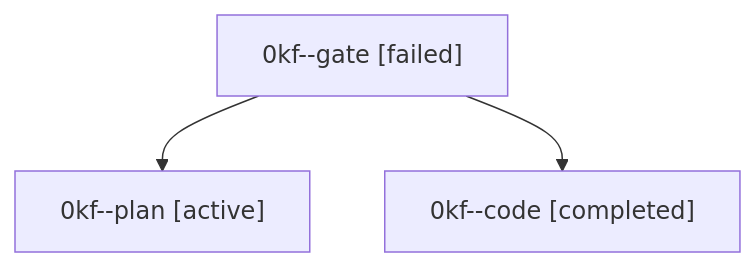
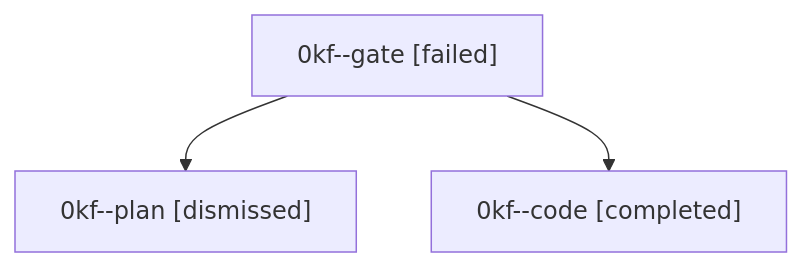
Before and after one commit to sase-org/sase--agents: the diagram in sessions/bbugyi200.athena.0kf.md, drawn with Mermaid. The commit also changed other lines of this file and 30 other files, not shown here.

````diff
--- a/sessions/bbugyi200.athena.0kf.md
+++ b/sessions/bbugyi200.athena.0kf.md
@@ -9,8 +9,8 @@
 ```mermaid
 flowchart TD
   n0["0kf--gate [failed]"]
-  n1["0kf--plan [active]"]
+  n1["0kf--plan [dismissed]"]
   n0 --> n1
   n2["0kf--code [completed]"]
   n0 --> n2
 ```
````
